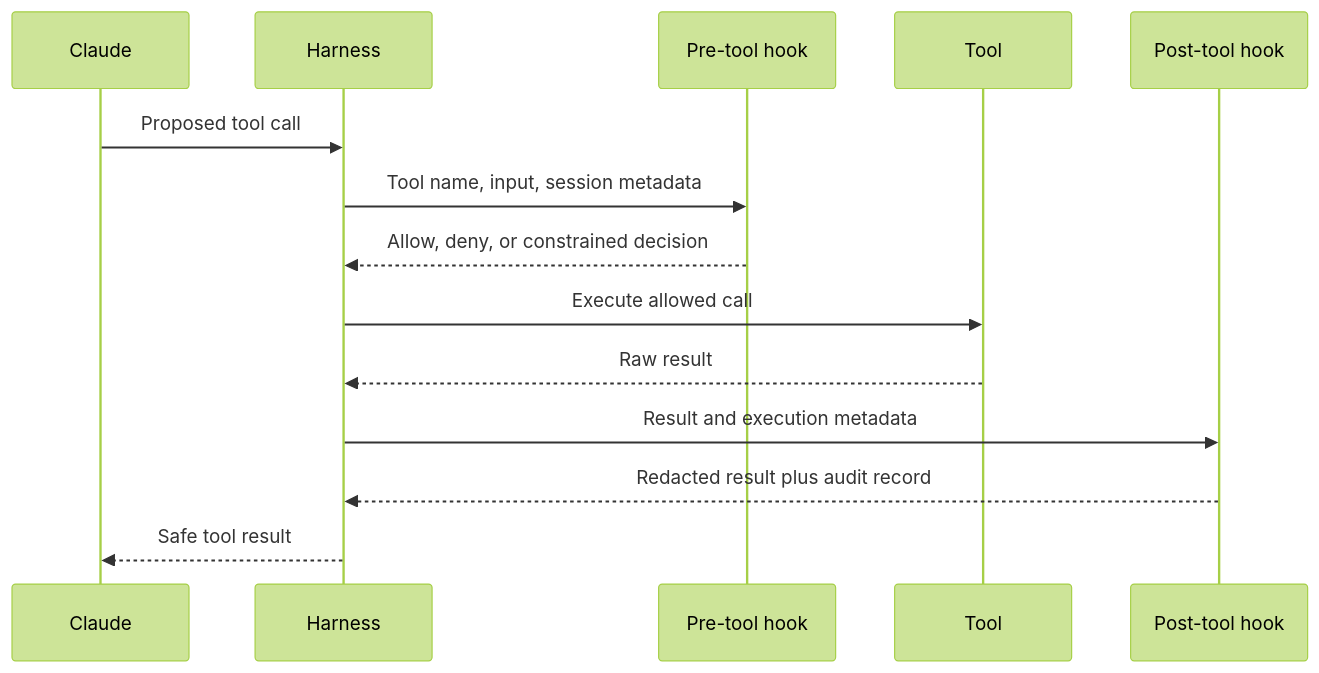
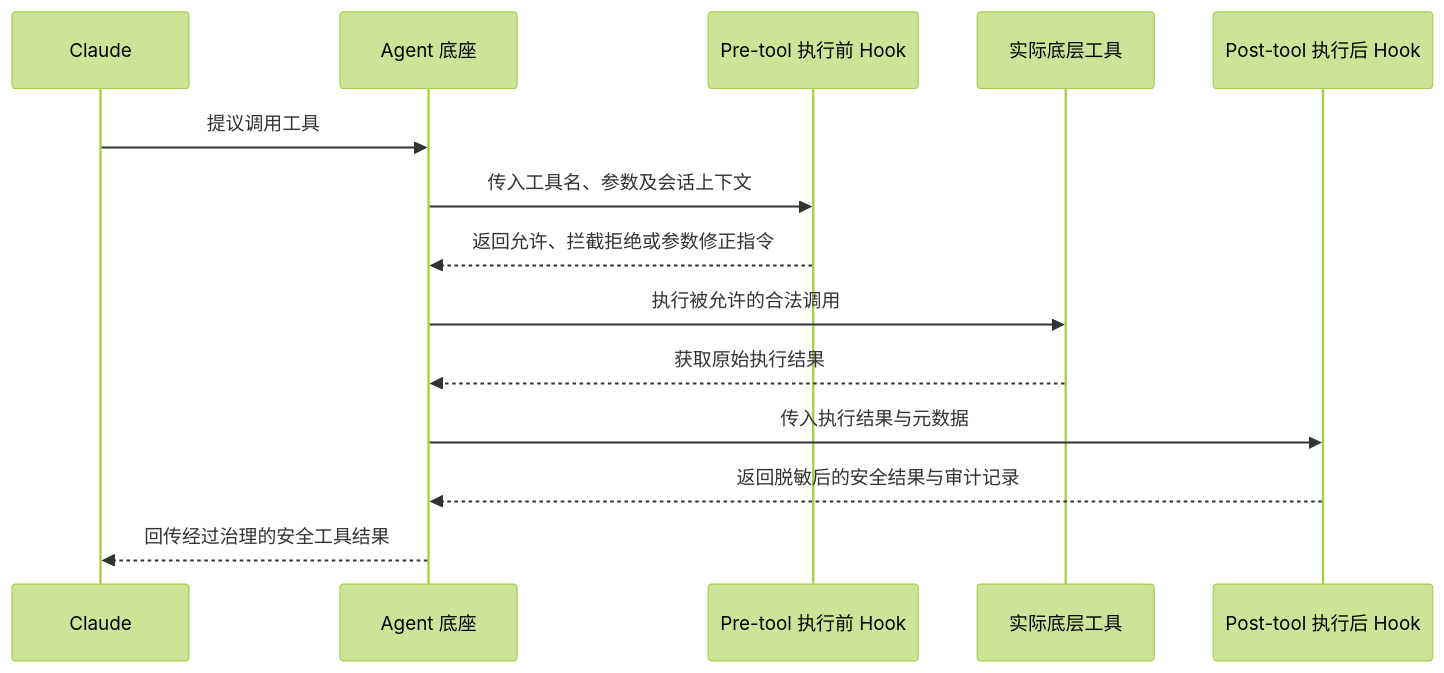
Before and after one commit to cluster1900/ai-engineering-from-scratch-zh: the third of 3 diagrams in certifications/claude/lessons/12-claude-agent-sdk-and-hooks/docs/en.md, drawn with Mermaid (forest theme). The commit also changed other lines of this file and 187 other files, not shown here.

````diff
--- a/certifications/claude/lessons/12-claude-agent-sdk-and-hooks/docs/en.md
+++ b/certifications/claude/lessons/12-claude-agent-sdk-and-hooks/docs/en.md
@@ -162,16 +164,16 @@
 ```mermaid
 sequenceDiagram
     participant M as Claude
-    participant H as Harness
-    participant K as Pre-tool hook
-    participant T as Tool
-    participant P as Post-tool hook
-    M->>H: Proposed tool call
-    H->>K: Tool name, input, session metadata
-    K-->>H: Allow, deny, or constrained decision
-    H->>T: Execute allowed call
-    T-->>H: Raw result
-    H->>P: Result and execution metadata
-    P-->>H: Redacted result plus audit record
-    H-->>M: Safe tool result
+    participant H as Agent 底座
+    participant K as Pre-tool 执行前 Hook
+    participant T as 实际底层工具
+    participant P as Post-tool 执行后 Hook
+    M->>H: 提议调用工具
+    H->>K: 传入工具名、参数及会话上下文
+    K-->>H: 返回允许、拦截拒绝或参数修正指令
+    H->>T: 执行被允许的合法调用
+    T-->>H: 获取原始执行结果
+    H->>P: 传入执行结果与元数据
+    P-->>H: 返回脱敏后的安全结果与审计记录
+    H-->>M: 回传经过治理的安全工具结果
 ```
````
